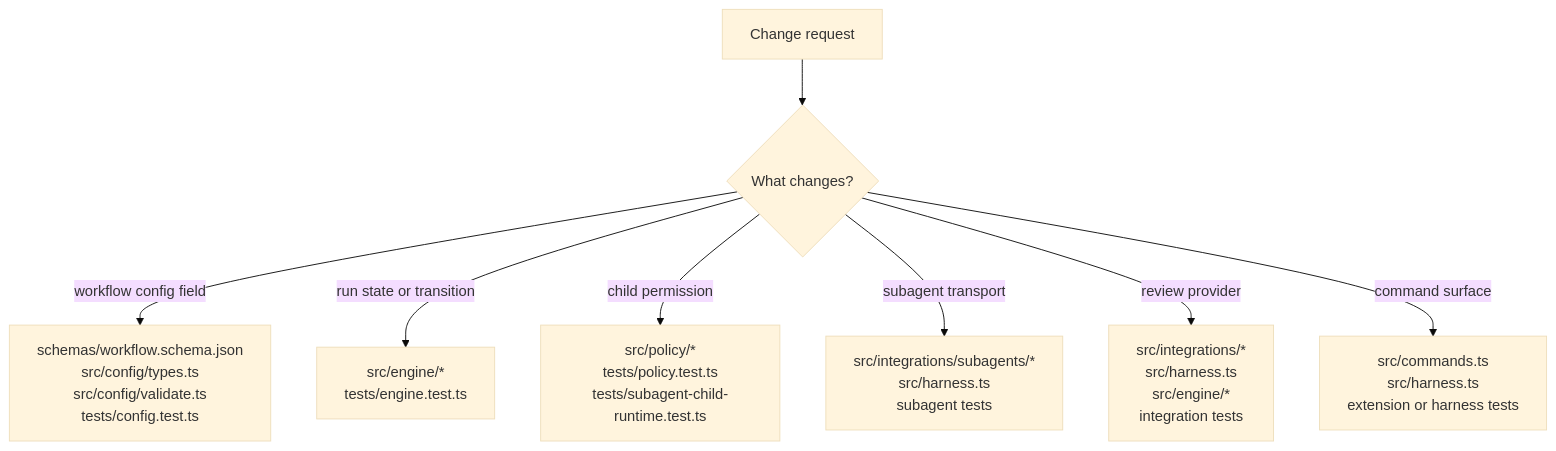
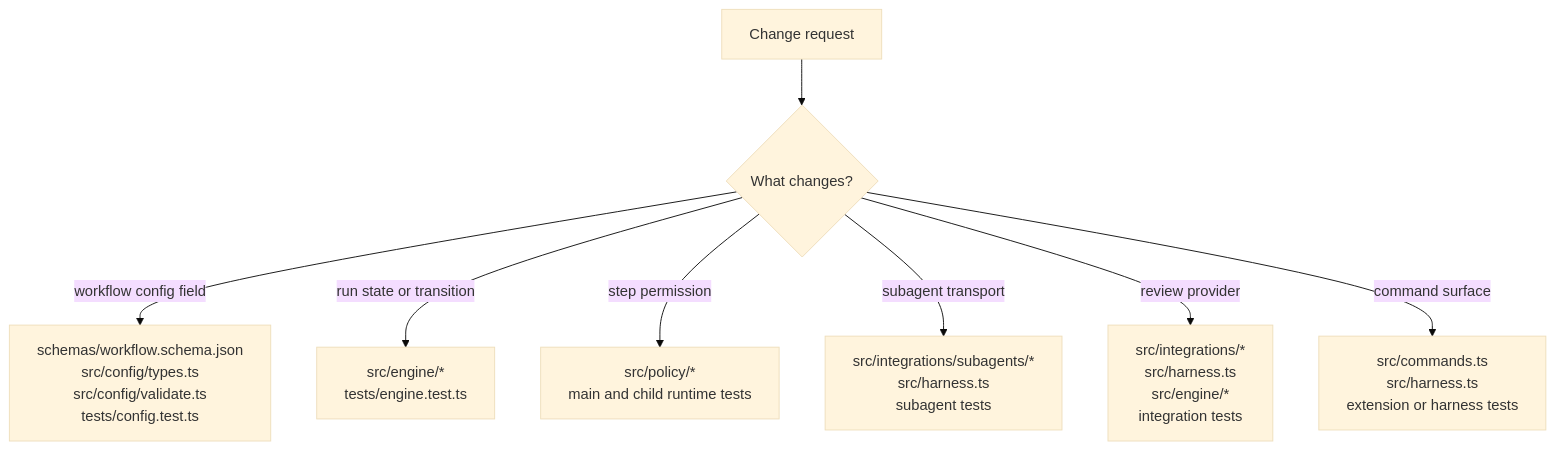
Before and after one commit to wichayutdew/pi-workflows: the third of 5 diagrams in openwiki/development/testing.md, drawn with Mermaid (base theme). The commit also changed other lines of this file and 84 other files, not shown here.

````diff
--- a/openwiki/development/testing.md
+++ b/openwiki/development/testing.md
@@ -30,10 +32,10 @@
 ```mermaid
 flowchart TD
   Change[Change request] --> Kind{What changes?}
   Kind -- workflow config field --> Config[schemas/workflow.schema.json<br/>src/config/types.ts<br/>src/config/validate.ts<br/>tests/config.test.ts]
   Kind -- run state or transition --> Engine[src/engine/*<br/>tests/engine.test.ts]
-  Kind -- child permission --> Policy[src/policy/*<br/>tests/policy.test.ts<br/>tests/subagent-child-runtime.test.ts]
+  Kind -- step permission --> Policy[src/policy/*<br/>main and child runtime tests]
   Kind -- subagent transport --> Subagent[src/integrations/subagents/*<br/>src/harness.ts<br/>subagent tests]
   Kind -- review provider --> Review[src/integrations/*<br/>src/harness.ts<br/>src/engine/*<br/>integration tests]
   Kind -- command surface --> Commands[src/commands.ts<br/>src/harness.ts<br/>extension or harness tests]
 ```
````
